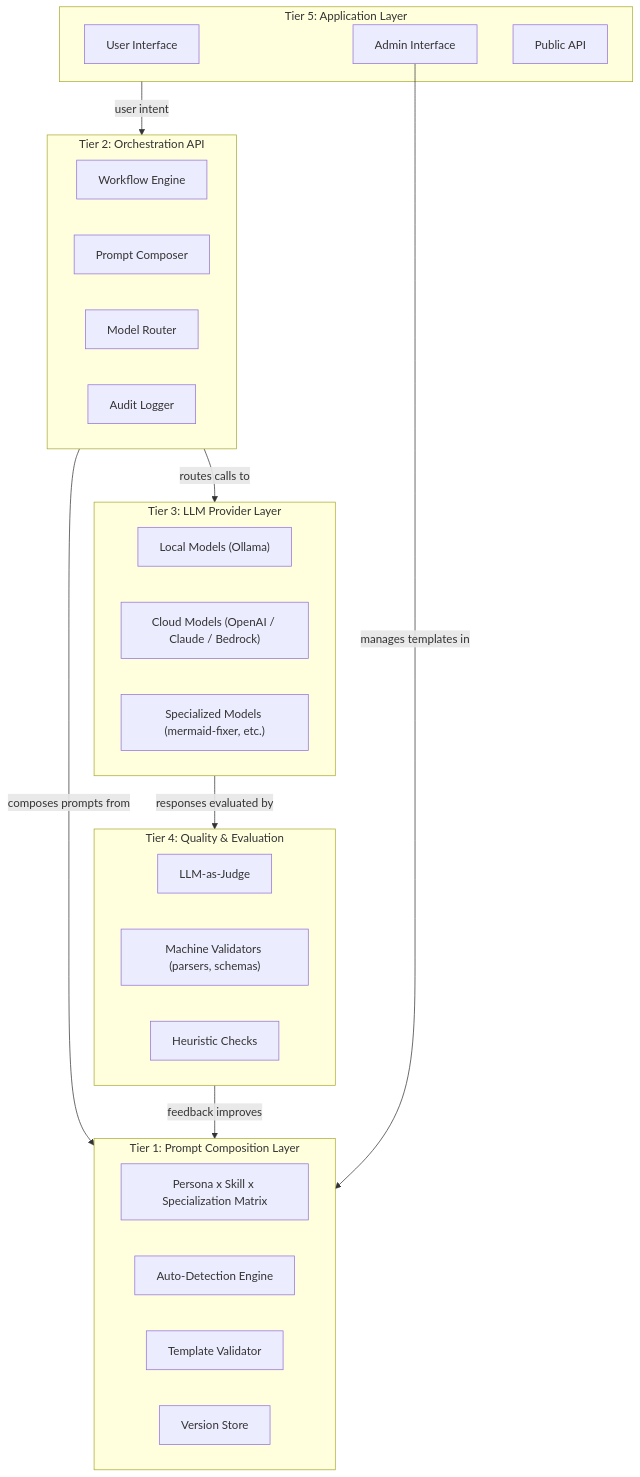
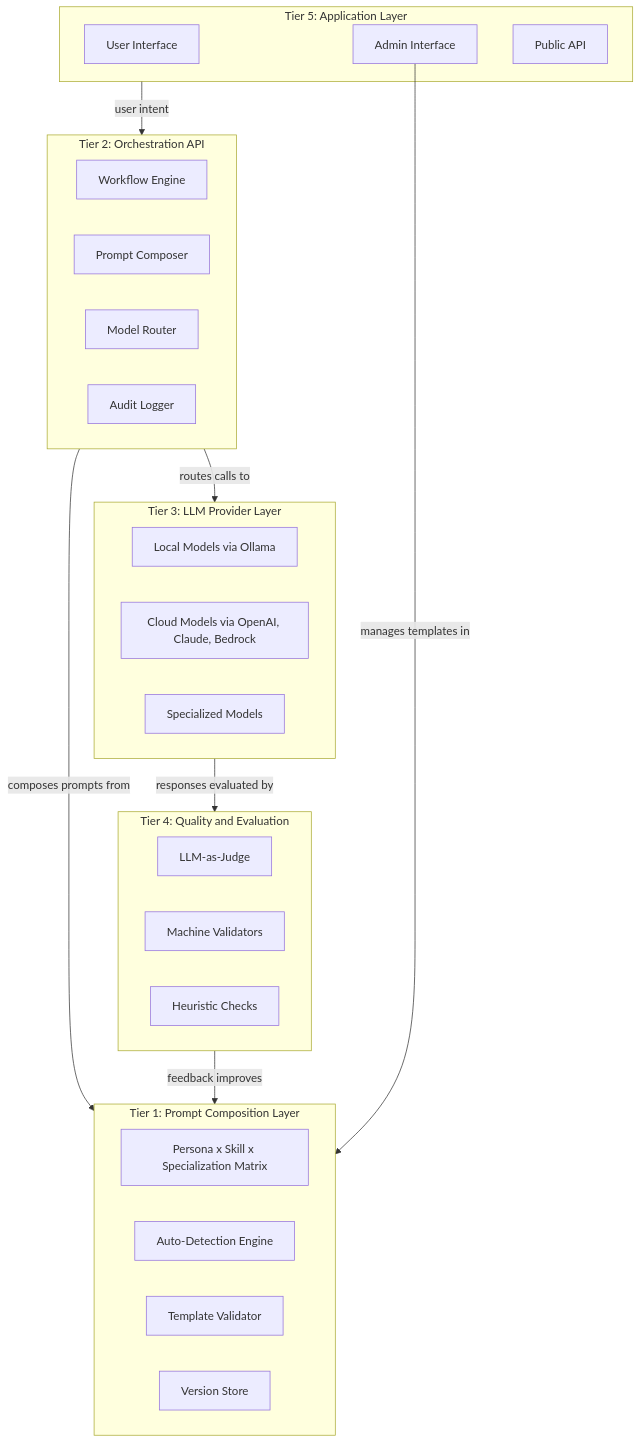
The second of 5 diagrams in docs/ai-engineering/ai-strategy.md (petergdoyle/actor-factory), drawn with Mermaid before and after one commit. The commit also changed other lines of this file and 12 other files, not shown here.

````diff
--- a/docs/ai-engineering/ai-strategy.md
+++ b/docs/ai-engineering/ai-strategy.md
@@ -62,41 +62,41 @@
 ```mermaid
 flowchart TD
     subgraph T1["Tier 1: Prompt Composition Layer"]
         PC["Persona x Skill x Specialization Matrix"]
         DET["Auto-Detection Engine"]
         VAL["Template Validator"]
         VER["Version Store"]
     end
 
     subgraph T2["Tier 2: Orchestration API"]
         WF["Workflow Engine"]
         COMP["Prompt Composer"]
         ROUTE["Model Router"]
         AUDIT["Audit Logger"]
     end
 
     subgraph T3["Tier 3: LLM Provider Layer"]
-        LOCAL["Local Models (Ollama)"]
-        CLOUD["Cloud Models (OpenAI / Claude / Bedrock)"]
-        SPEC["Specialized Models (mermaid-fixer, etc.)"]
+        LOCAL["Local Models via Ollama"]
+        CLOUD["Cloud Models via OpenAI, Claude, Bedrock"]
+        SPEC["Specialized Models"]
     end
 
-    subgraph T4["Tier 4: Quality & Evaluation"]
+    subgraph T4["Tier 4: Quality and Evaluation"]
         JUDGE["LLM-as-Judge"]
-        MVAL["Machine Validators (parsers, schemas)"]
+        MVAL["Machine Validators"]
         HEUR["Heuristic Checks"]
     end
 
     subgraph T5["Tier 5: Application Layer"]
         UI["User Interface"]
         ADMIN["Admin Interface"]
         API["Public API"]
     end
 
     T5 -->|"user intent"| T2
     T2 -->|"composes prompts from"| T1
     T2 -->|"routes calls to"| T3
     T3 -->|"responses evaluated by"| T4
     T4 -->|"feedback improves"| T1
     ADMIN -->|"manages templates in"| T1
 ```
````
